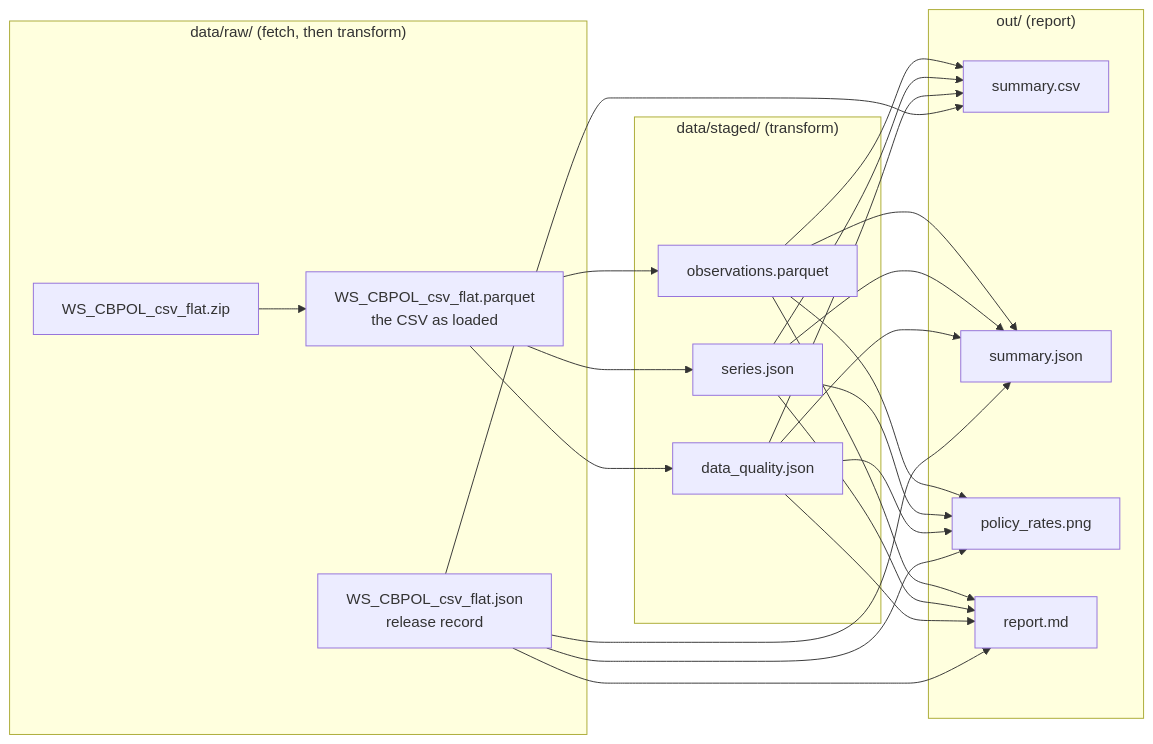
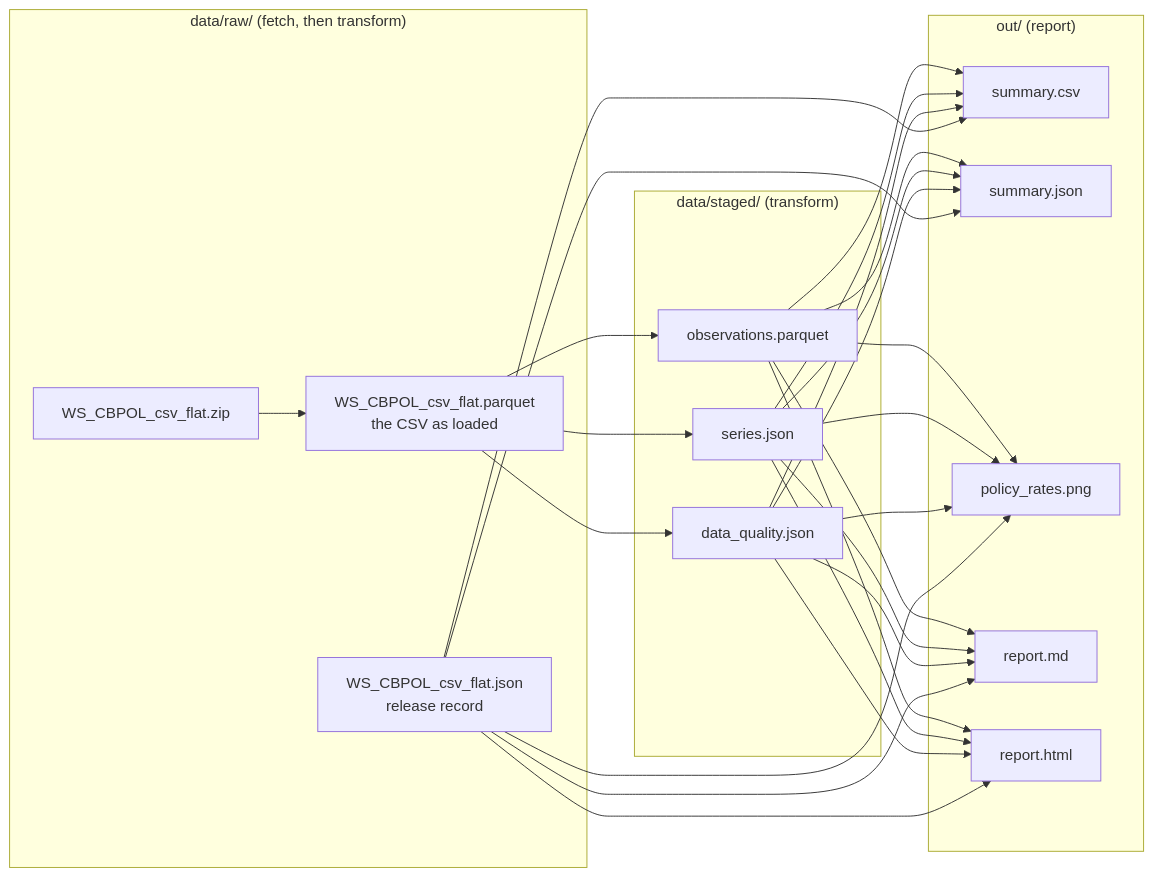
The diagram in docs/data-model.md (andrea-dm/policy-rate-monitor), drawn with Mermaid before and after one commit. The commit also changed 12 other files, not shown here.

Commit message:
docs: the html report, its decision record and the five output files

````diff
--- a/docs/data-model.md
+++ b/docs/data-model.md
@@ -9,21 +9,22 @@
 ```mermaid
 flowchart LR
     subgraph raw["data/raw/ (fetch, then transform)"]
         ZIP[WS_CBPOL_csv_flat.zip]
         REL[WS_CBPOL_csv_flat.json<br>release record]
         PQ[WS_CBPOL_csv_flat.parquet<br>the CSV as loaded]
     end
     subgraph staged["data/staged/ (transform)"]
         OBS[observations.parquet]
         SER[series.json]
         DQ[data_quality.json]
     end
     subgraph out["out/ (report)"]
         CSV[summary.csv]
         JSON[summary.json]
         PNG[policy_rates.png]
         MD[report.md]
+        HTML[report.html]
     end
     ZIP --> PQ --> OBS & SER & DQ
-    OBS & SER & DQ & REL --> CSV & JSON & PNG & MD
+    OBS & SER & DQ & REL --> CSV & JSON & PNG & MD & HTML
 ```
````
